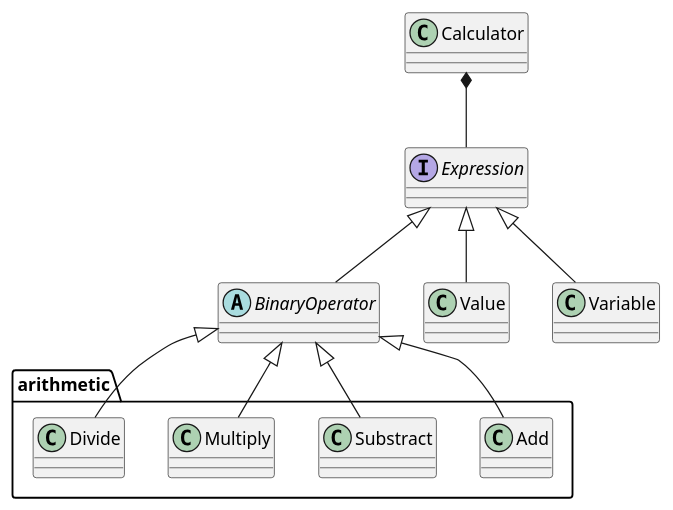
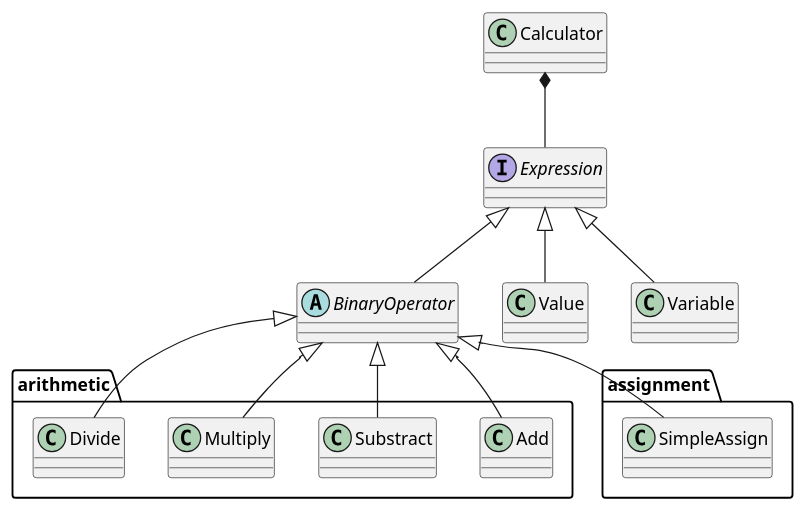
Before and after one commit to ue-sho/Calculator: the diagram in doc/class_diagram.pu, drawn with PlantUML. The commit also changed 2 other files, not shown here.

```diff
--- a/doc/class_diagram.pu
+++ b/doc/class_diagram.pu
@@ -1,15 +1,18 @@
 @startuml class
 interface Expression
 abstract BinaryOperator
 
 Calculator *-- Expression
 Expression <|-- BinaryOperator
 Expression <|-- Value
 Expression <|-- Variable
 package arithmetic {
     BinaryOperator <|-- Add
     BinaryOperator <|-- Substract
     BinaryOperator <|-- Multiply
     BinaryOperator <|-- Divide
 }
+package assignment {
+    BinaryOperator <|-- SimpleAssign
+}
 @enduml
```
